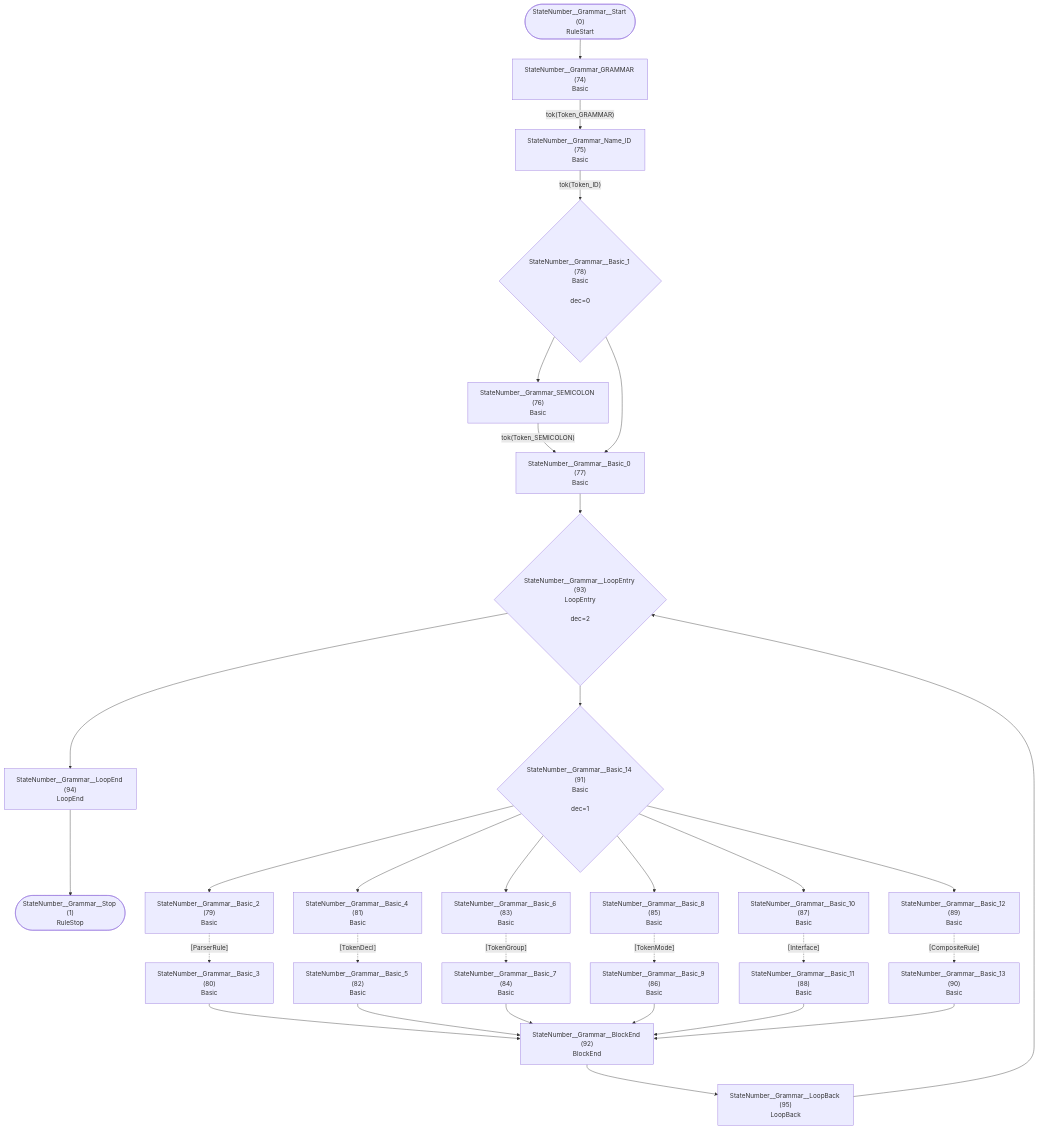
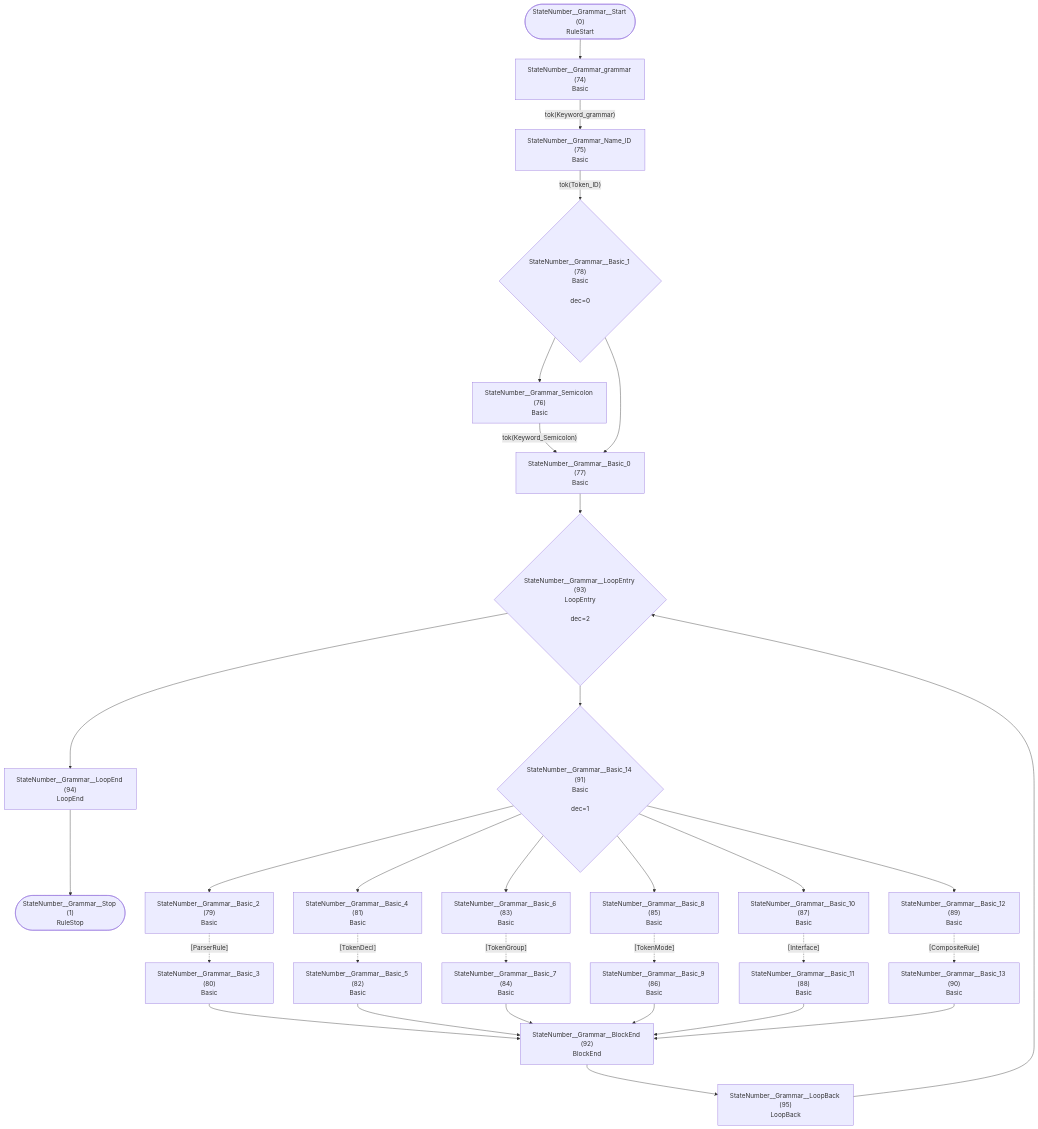
Before and after one commit to TypeFox/fastbelt: the first of 37 diagrams in internal/grammar/atn.md, drawn with Mermaid. The commit also changed other lines of this file and 7 other files, not shown here.

````diff
--- a/internal/grammar/atn.md
+++ b/internal/grammar/atn.md
@@ -5,58 +5,58 @@
 ```mermaid
 flowchart TD
     q0(["StateNumber__Grammar__Start (0)<br/>RuleStart"])
     q1(["StateNumber__Grammar__Stop (1)<br/>RuleStop"])
-    q74["StateNumber__Grammar_GRAMMAR (74)<br/>Basic<br/>"]
+    q74["StateNumber__Grammar_grammar (74)<br/>Basic<br/>"]
     q75["StateNumber__Grammar_Name_ID (75)<br/>Basic<br/>"]
-    q76["StateNumber__Grammar_SEMICOLON (76)<br/>Basic<br/>"]
+    q76["StateNumber__Grammar_Semicolon (76)<br/>Basic<br/>"]
     q77["StateNumber__Grammar__Basic_0 (77)<br/>Basic<br/>"]
     q78{"StateNumber__Grammar__Basic_1 (78)<br/>Basic<br/><br/>dec=0"}
     q79["StateNumber__Grammar__Basic_2 (79)<br/>Basic<br/>"]
     q80["StateNumber__Grammar__Basic_3 (80)<br/>Basic<br/>"]
     q81["StateNumber__Grammar__Basic_4 (81)<br/>Basic<br/>"]
     q82["StateNumber__Grammar__Basic_5 (82)<br/>Basic<br/>"]
     q83["StateNumber__Grammar__Basic_6 (83)<br/>Basic<br/>"]
     q84["StateNumber__Grammar__Basic_7 (84)<br/>Basic<br/>"]
     q85["StateNumber__Grammar__Basic_8 (85)<br/>Basic<br/>"]
     q86["StateNumber__Grammar__Basic_9 (86)<br/>Basic<br/>"]
     q87["StateNumber__Grammar__Basic_10 (87)<br/>Basic<br/>"]
     q88["StateNumber__Grammar__Basic_11 (88)<br/>Basic<br/>"]
     q89["StateNumber__Grammar__Basic_12 (89)<br/>Basic<br/>"]
     q90["StateNumber__Grammar__Basic_13 (90)<br/>Basic<br/>"]
     q91{"StateNumber__Grammar__Basic_14 (91)<br/>Basic<br/><br/>dec=1"}
     q92["StateNumber__Grammar__BlockEnd (92)<br/>BlockEnd<br/>"]
     q93{"StateNumber__Grammar__LoopEntry (93)<br/>LoopEntry<br/><br/>dec=2"}
     q94["StateNumber__Grammar__LoopEnd (94)<br/>LoopEnd<br/>"]
     q95["StateNumber__Grammar__LoopBack (95)<br/>LoopBack<br/>"]
 
     q0 --> q74
-    q74 -->|"tok(Token_GRAMMAR)"| q75
+    q74 -->|"tok(Keyword_grammar)"| q75
     q75 -->|"tok(Token_ID)"| q78
-    q76 -->|"tok(Token_SEMICOLON)"| q77
+    q76 -->|"tok(Keyword_Semicolon)"| q77
     q77 --> q93
     q78 --> q76
     q78 --> q77
     q79 -.->|"[ParserRule]"| q80
     q80 --> q92
     q81 -.->|"[TokenDecl]"| q82
     q82 --> q92
     q83 -.->|"[TokenGroup]"| q84
     q84 --> q92
     q85 -.->|"[TokenMode]"| q86
     q86 --> q92
     q87 -.->|"[Interface]"| q88
     q88 --> q92
     q89 -.->|"[CompositeRule]"| q90
     q90 --> q92
     q91 --> q79
     q91 --> q81
     q91 --> q83
     q91 --> q85
     q91 --> q87
     q91 --> q89
     q92 --> q95
     q93 --> q91
     q93 --> q94
     q94 --> q1
     q95 --> q93
 ```
````
